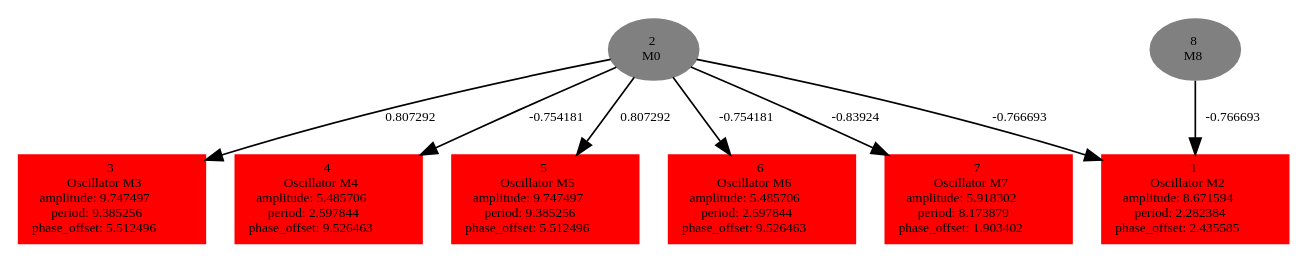
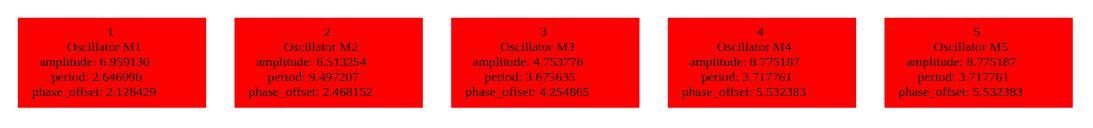
The diagram in experiments/locomotion1/offspringpop1/tempbrain.dot (karinemiras/l-system), drawn with Graphviz before and after one commit. The commit also changed 79 other files, not shown here.

```diff
--- a/experiments/locomotion1/offspringpop1/tempbrain.dot
+++ b/experiments/locomotion1/offspringpop1/tempbrain.dot
@@ -1,17 +1,7 @@
  digraph g{ forcelabels=true;
-1 [label=<1<BR />Oscillator M2<BR /> amplitude: 8.671594<BR /> period: 2.282384<BR /> phase_offset: 2.435585>, shape=box,color=red,style=filled,fontsize=8];
-2[label=<2<BR/>M0>,color="grey",style=filled,fontsize=8];
-3 [label=<3<BR />Oscillator M3<BR /> amplitude: 9.747497<BR /> period: 9.385256<BR /> phase_offset: 5.512496>, shape=box,color=red,style=filled,fontsize=8];
-4 [label=<4<BR />Oscillator M4<BR /> amplitude: 5.485706<BR /> period: 2.597844<BR /> phase_offset: 9.526463>, shape=box,color=red,style=filled,fontsize=8];
-5 [label=<5<BR />Oscillator M5<BR /> amplitude: 9.747497<BR /> period: 9.385256<BR /> phase_offset: 5.512496>, shape=box,color=red,style=filled,fontsize=8];
-6 [label=<6<BR />Oscillator M6<BR /> amplitude: 5.485706<BR /> period: 2.597844<BR /> phase_offset: 9.526463>, shape=box,color=red,style=filled,fontsize=8];
-7 [label=<7<BR />Oscillator M7<BR /> amplitude: 5.918302<BR /> period: 8.173879<BR /> phase_offset: 1.903402>, shape=box,color=red,style=filled,fontsize=8];
-8[label=<8<BR/>M8>,color="grey",style=filled,fontsize=8];
-2 -> 1[label="-0.766693 ",fontsize="8"];
-2 -> 3[label="0.807292 ",fontsize="8"];
-2 -> 4[label="-0.754181 ",fontsize="8"];
-2 -> 5[label="0.807292 ",fontsize="8"];
-2 -> 6[label="-0.754181 ",fontsize="8"];
-2 -> 7[label="-0.83924 ",fontsize="8"];
-8 -> 1[label="-0.766693 ",fontsize="8"];
+1 [label=<1<BR />Oscillator M1<BR /> amplitude: 6.959130<BR /> period: 2.646990<BR /> phase_offset: 2.128429>, shape=box,color=red,style=filled,fontsize=8];
+2 [label=<2<BR />Oscillator M2<BR /> amplitude: 8.513254<BR /> period: 9.497207<BR /> phase_offset: 2.468152>, shape=box,color=red,style=filled,fontsize=8];
+3 [label=<3<BR />Oscillator M3<BR /> amplitude: 4.753778<BR /> period: 3.675635<BR /> phase_offset: 4.254865>, shape=box,color=red,style=filled,fontsize=8];
+4 [label=<4<BR />Oscillator M4<BR /> amplitude: 8.775187<BR /> period: 3.717761<BR /> phase_offset: 5.532383>, shape=box,color=red,style=filled,fontsize=8];
+5 [label=<5<BR />Oscillator M5<BR /> amplitude: 8.775187<BR /> period: 3.717761<BR /> phase_offset: 5.532383>, shape=box,color=red,style=filled,fontsize=8];
  }
```
